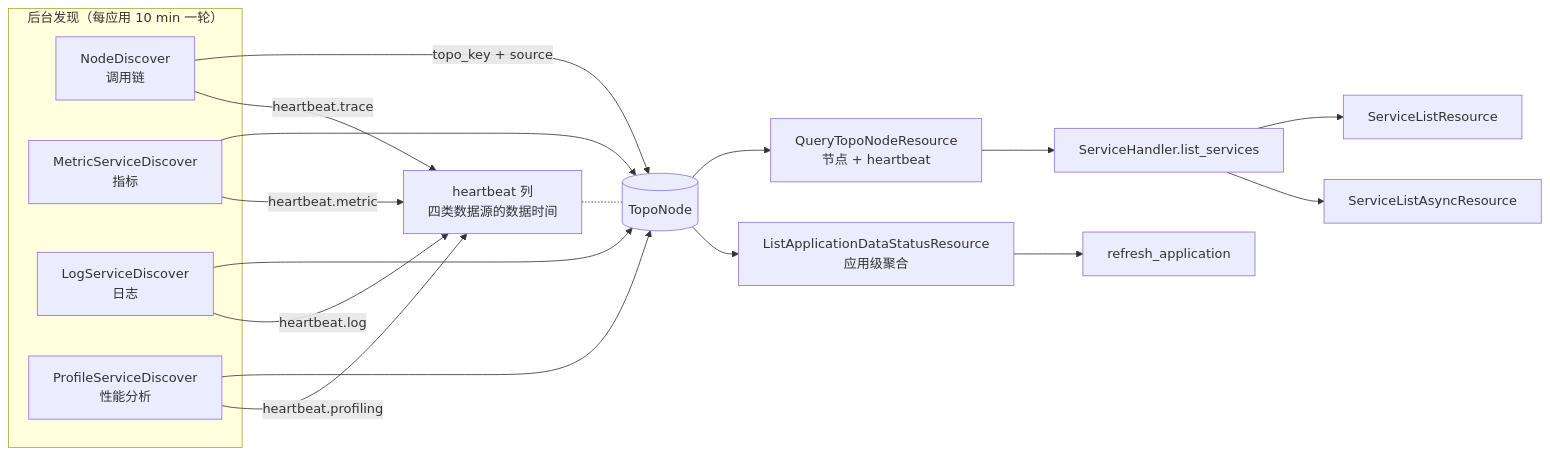
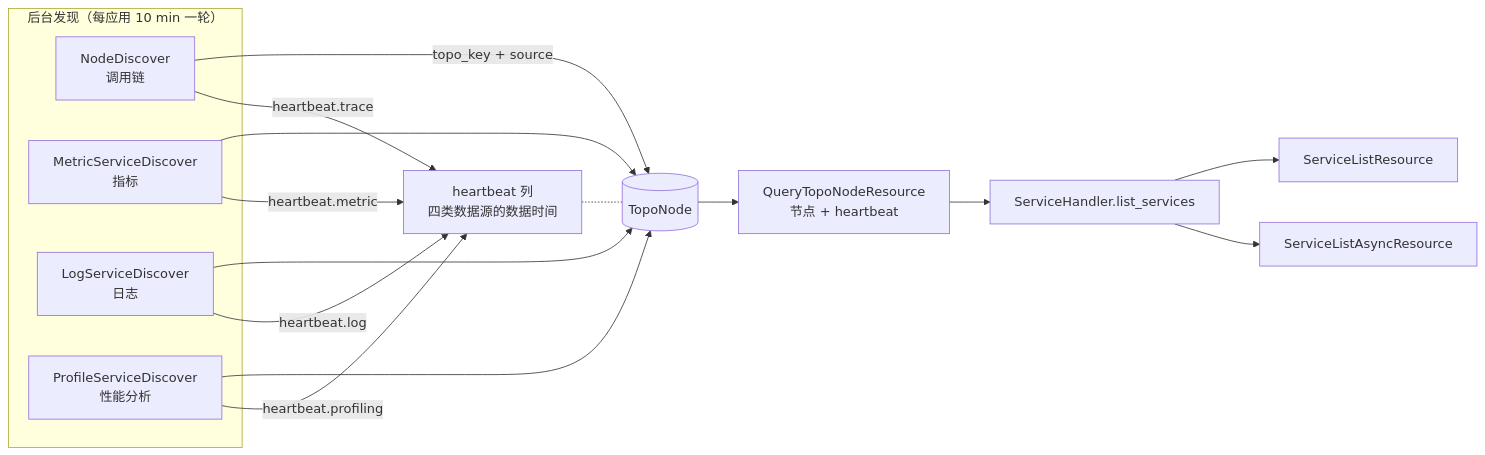
One commit to ZhuoZhuoCrayon/ai-workspace changed the first of 3 diagrams in knowledge/bkmonitor/issues/2026-09-16-apm-service-data-status-heartbeat/PLAN.md. Above: the diagram before and after it, drawn with Mermaid. The commit also changed other lines of this file and 4 other files, not shown here.

````diff
--- a/knowledge/bkmonitor/issues/2026-09-16-apm-service-data-status-heartbeat/PLAN.md
+++ b/knowledge/bkmonitor/issues/2026-09-16-apm-service-data-status-heartbeat/PLAN.md
@@ -93,28 +92,26 @@
 ```mermaid
 flowchart LR
     subgraph BG["后台发现（每应用 10 min 一轮）"]
         D1["NodeDiscover<br/>调用链"]
         D2["MetricServiceDiscover<br/>指标"]
         D3["LogServiceDiscover<br/>日志"]
         D4["ProfileServiceDiscover<br/>性能分析"]
     end
 
     D1 -->|"topo_key + source"| TN[("TopoNode")]
     D2 --> TN
     D3 --> TN
     D4 --> TN
 
     D1 -->|"heartbeat.trace"| HB["heartbeat 列<br/>四类数据源的数据时间"]
     D2 -->|"heartbeat.metric"| HB
     D3 -->|"heartbeat.log"| HB
     D4 -->|"heartbeat.profiling"| HB
     HB -.- TN
 
     TN --> QN["QueryTopoNodeResource<br/>节点 + heartbeat"]
-    TN --> QA["ListApplicationDataStatusResource<br/>应用级聚合"]
 
     QN --> LS["ServiceHandler.list_services"]
     LS --> SL["ServiceListResource"]
     LS --> SA["ServiceListAsyncResource"]
-    QA --> RA["refresh_application"]
 ```
````
